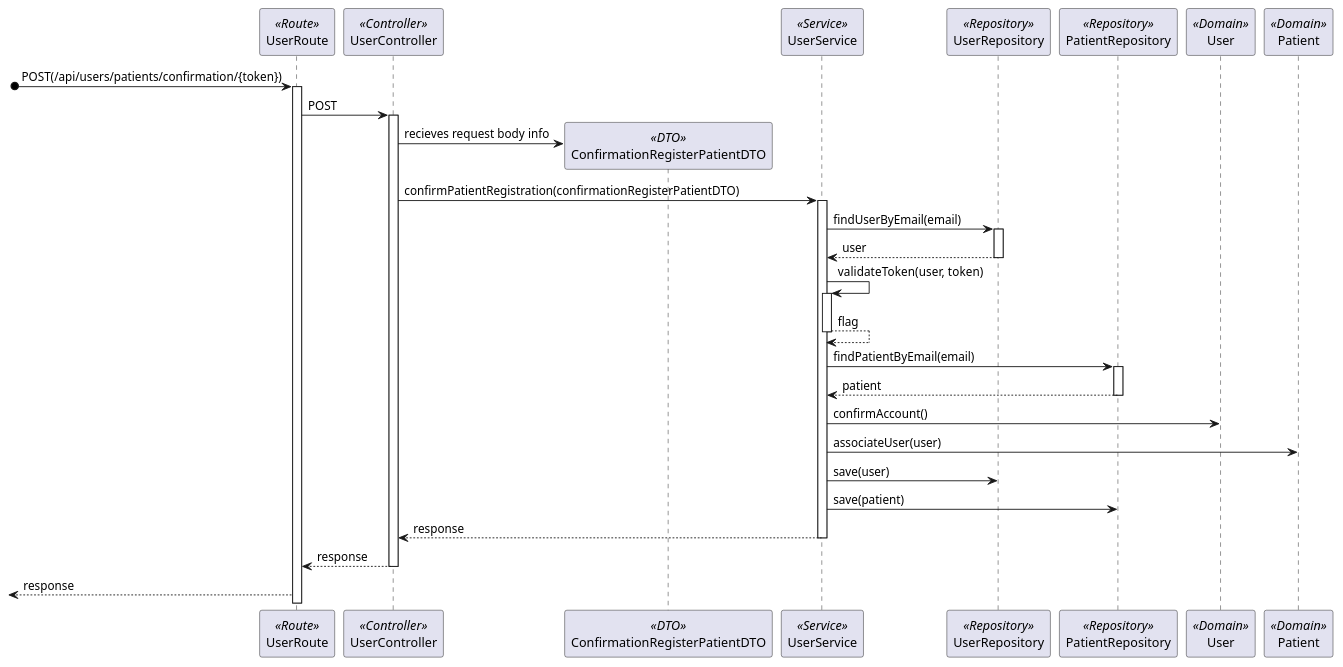
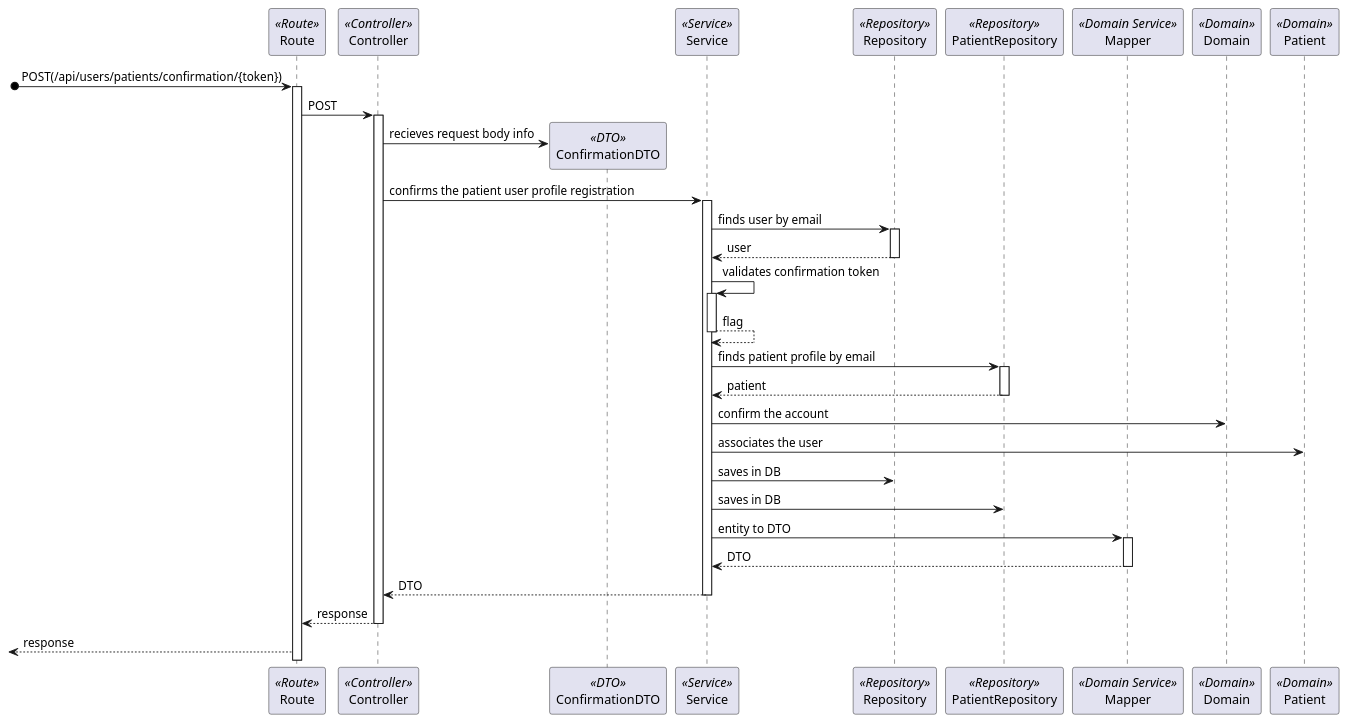
Before and after one commit to Rodrick0209/ISEP-SEM5PI-24-25: the diagram in docs/Sprint_1/US_5.1.3/L3/Process_View_Posterior_Confirmation.puml, drawn with PlantUML. The commit also changed 19 other files, not shown here.

Commit message:
All Designs From Patient and User modified from the level 3 view #4 #5 #6 #9 #10 #11 #12

```diff
--- a/docs/Sprint_1/US_5.1.3/L3/Process_View_Posterior_Confirmation.puml
+++ b/docs/Sprint_1/US_5.1.3/L3/Process_View_Posterior_Confirmation.puml
@@ -2,33 +2,37 @@
 @startuml Process_View_Posterior_Confirmation
-participant UserRoute as Route <<Route>>
-participant UserController as Controller <<Controller>>
-participant ConfirmationRegisterPatientDTO as ConfirmationDTO <<DTO>>
-participant UserService as Service <<Service>>
-participant UserRepository as Repository <<Repository>>
-participant PatientRepository as PatientRepository <<Repository>> 
-participant User as Domain <<Domain>>
+participant Route as Route <<Route>>
+participant Controller as Controller <<Controller>>
+participant ConfirmationDTO as ConfirmationDTO <<DTO>>
+participant Service as Service <<Service>>
+participant Repository as Repository <<Repository>>
+participant PatientRepository as PatientRepository <<Repository>>
+participant Mapper as Mapper <<Domain Service>>
+participant Domain as Domain <<Domain>>
 participant Patient as Patient <<Domain>>
 [o-> Route : POST(/api/users/patients/confirmation/{token})
 activate Route
 Route -> Controller : POST
 activate Controller
 Controller -> ConfirmationDTO** : recieves request body info
-Controller -> Service : confirmPatientRegistration(confirmationRegisterPatientDTO)
+Controller -> Service : confirms the patient user profile registration
 activate Service
-Service -> Repository : findUserByEmail(email)
+Service -> Repository : finds user by email
 activate Repository
 return user
-Service -> Service : validateToken(user, token)
+Service -> Service : validates confirmation token
 activate Service
 return flag
-Service -> PatientRepository : findPatientByEmail(email)
+Service -> PatientRepository : finds patient profile by email
 activate PatientRepository
 return patient
-Service -> Domain : confirmAccount()
-Service -> Patient : associateUser(user)
-Service -> Repository : save(user)
-Service -> PatientRepository : save(patient)
-return response
+Service -> Domain : confirm the account
+Service -> Patient : associates the user
+Service -> Repository : saves in DB
+Service -> PatientRepository : saves in DB
+Service -> Mapper : entity to DTO
+activate Mapper
+return DTO
+return DTO
 return response
 <-- Route : response
 @enduml
```
